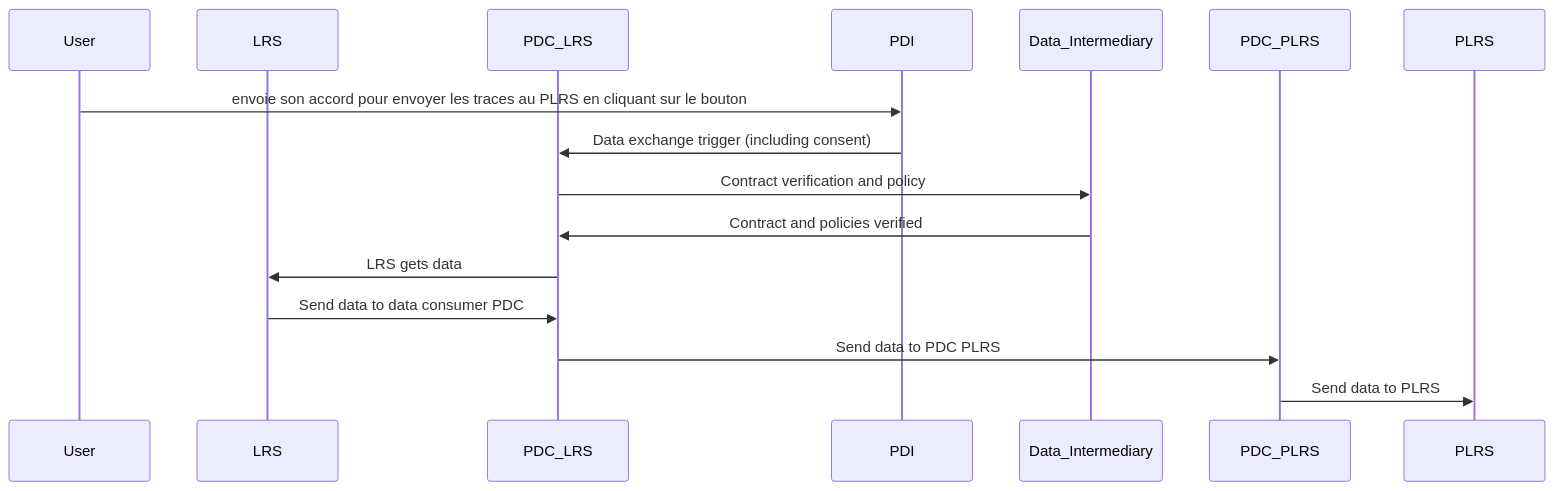
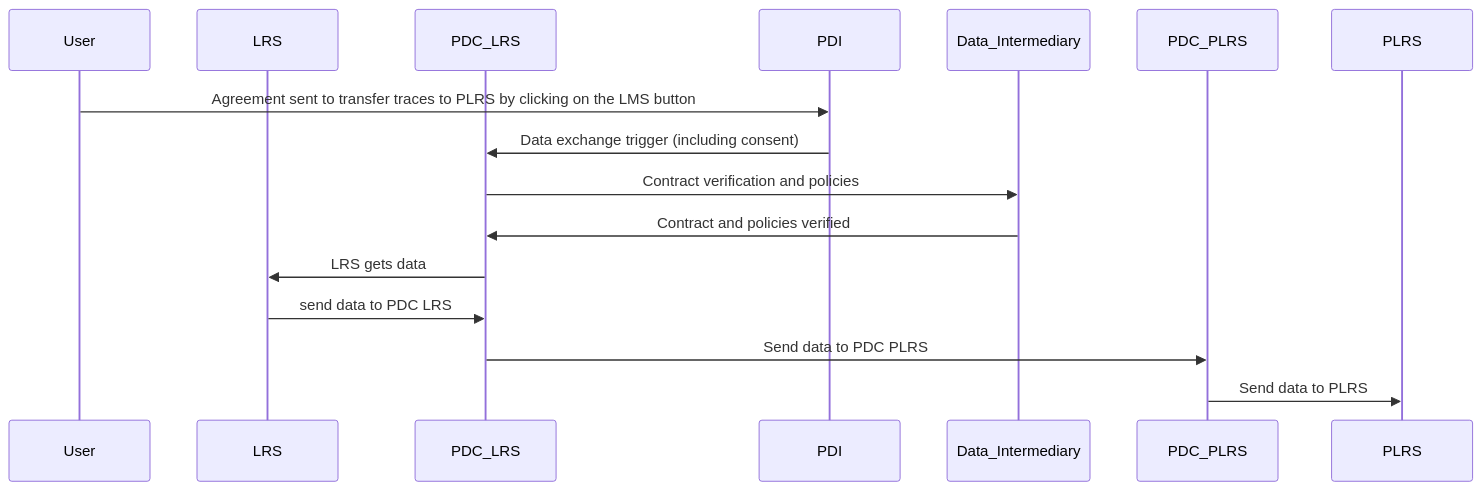
One commit to Prometheus-X-association/lrs-gateway changed the third of 5 diagrams in docs/design-document.md. Above: the diagram before and after it, drawn with Mermaid.

````diff
--- a/docs/design-document.md
+++ b/docs/design-document.md
@@ -624,19 +624,20 @@
 ```mermaid
 sequenceDiagram
     participant User
     participant LRS
     participant PDC_LRS
     participant PDI
     participant Data_Intermediary
     participant PDC_PLRS
     participant PLRS
 
-    User->>PDI: envoie son accord pour envoyer les traces au PLRS en cliquant sur le bouton
+    User->>PDI: Agreement sent to transfer traces to PLRS by clicking on the LMS button
     PDI->>PDC_LRS: Data exchange trigger (including consent)
-    PDC_LRS->>Data_Intermediary: Contract verification and policy
+    PDC_LRS->>Data_Intermediary: Contract verification and policies
     Data_Intermediary->>PDC_LRS: Contract and policies verified
     PDC_LRS->>LRS: LRS gets data
-    LRS->>PDC_LRS: Send data to data consumer PDC
+    LRS->>PDC_LRS: send data to PDC LRS
     PDC_LRS->> PDC_PLRS:Send data to PDC PLRS
     PDC_PLRS->>PLRS: Send data to PLRS
+
 ```
````
